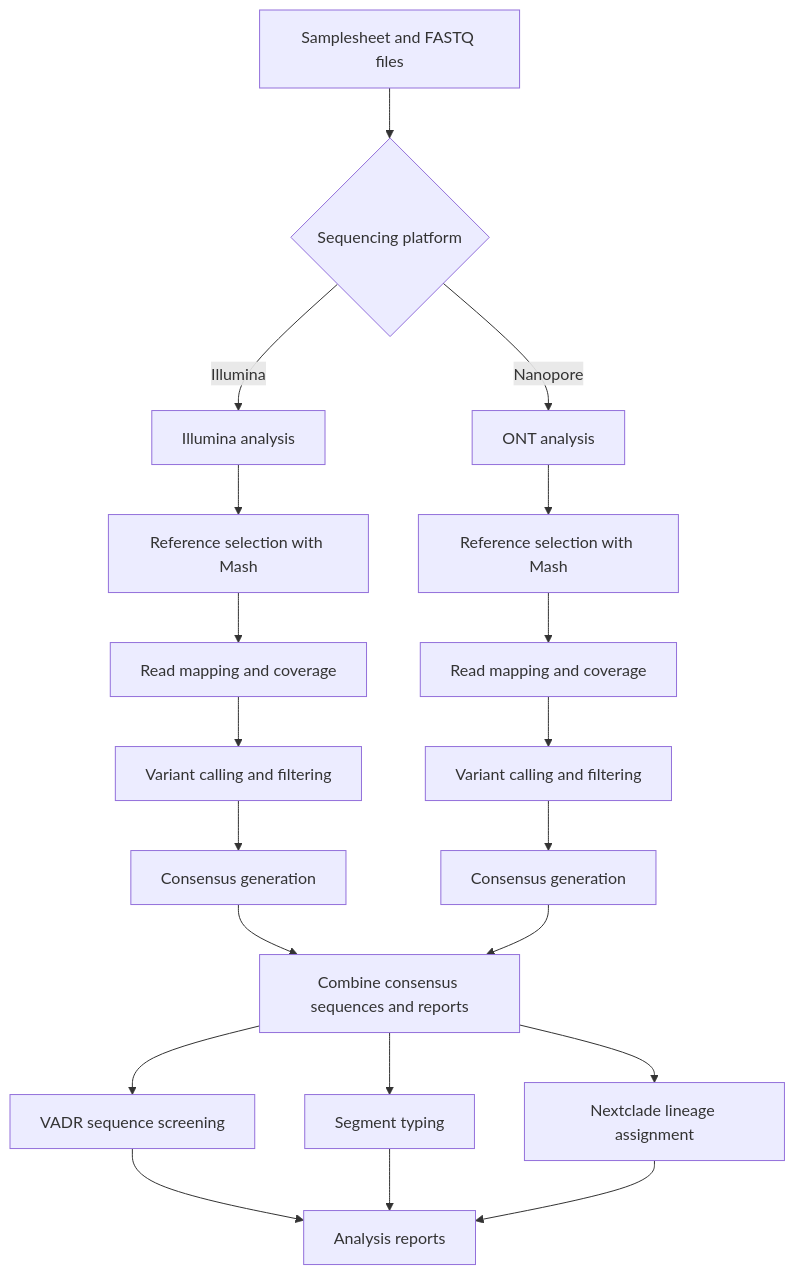
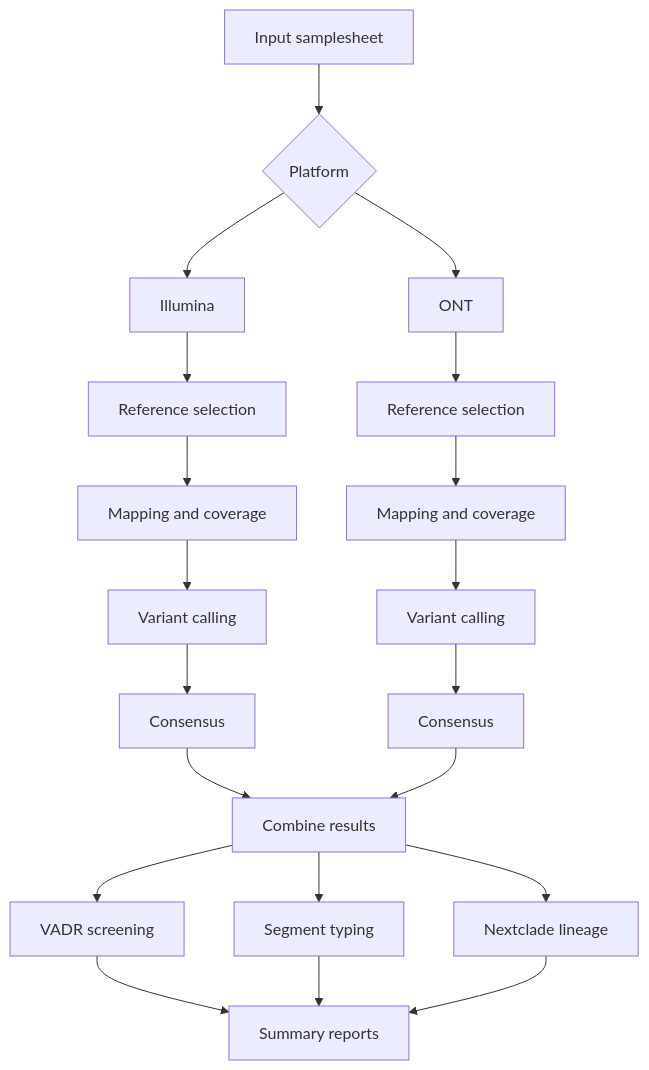
One commit to provlab-bioinfo/nf-fluab changed the diagram in README.md. Above: the diagram before and after it, drawn with Mermaid.

Commit message:
Revise flowchart labels in README.md
Updated the flowchart terminology for clarity.

````diff
--- a/README.md
+++ b/README.md
@@ -12,29 +12,29 @@
 ```mermaid
 flowchart TD
-    A[Samplesheet and FASTQ files] --> B{Sequencing platform}
-    B -->|Illumina| C[Illumina analysis]
-    B -->|Nanopore| D[ONT analysis]
+    A[Input samplesheet] --> B{Platform}
+    B --> C[Illumina]
+    B --> D[ONT]
 
-    C --> E[Reference selection with Mash]
-    D --> F[Reference selection with Mash]
+    C --> E[Reference selection]
+    D --> F[Reference selection]
 
-    E --> G[Read mapping and coverage]
-    F --> H[Read mapping and coverage]
+    E --> G[Mapping and coverage]
+    F --> H[Mapping and coverage]
 
-    G --> I[Variant calling and filtering]
-    H --> J[Variant calling and filtering]
+    G --> I[Variant calling]
+    H --> J[Variant calling]
 
-    I --> K[Consensus generation]
-    J --> L[Consensus generation]
+    I --> K[Consensus]
+    J --> L[Consensus]
 
-    K --> M[Combine consensus sequences and reports]
+    K --> M[Combine results]
     L --> M
 
-    M --> N[VADR sequence screening]
+    M --> N[VADR screening]
     M --> O[Segment typing]
-    M --> P[Nextclade lineage assignment]
+    M --> P[Nextclade lineage]
 
-    N --> Q[Analysis reports]
+    N --> Q[Summary reports]
     O --> Q
     P --> Q
 ```
````
